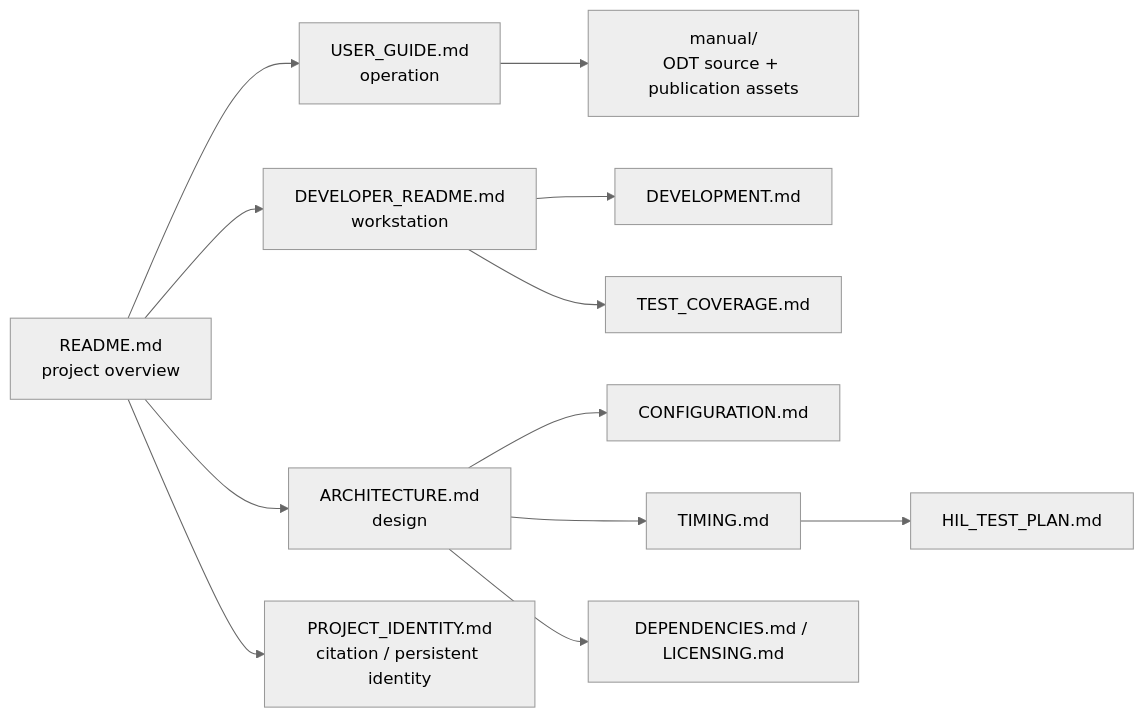
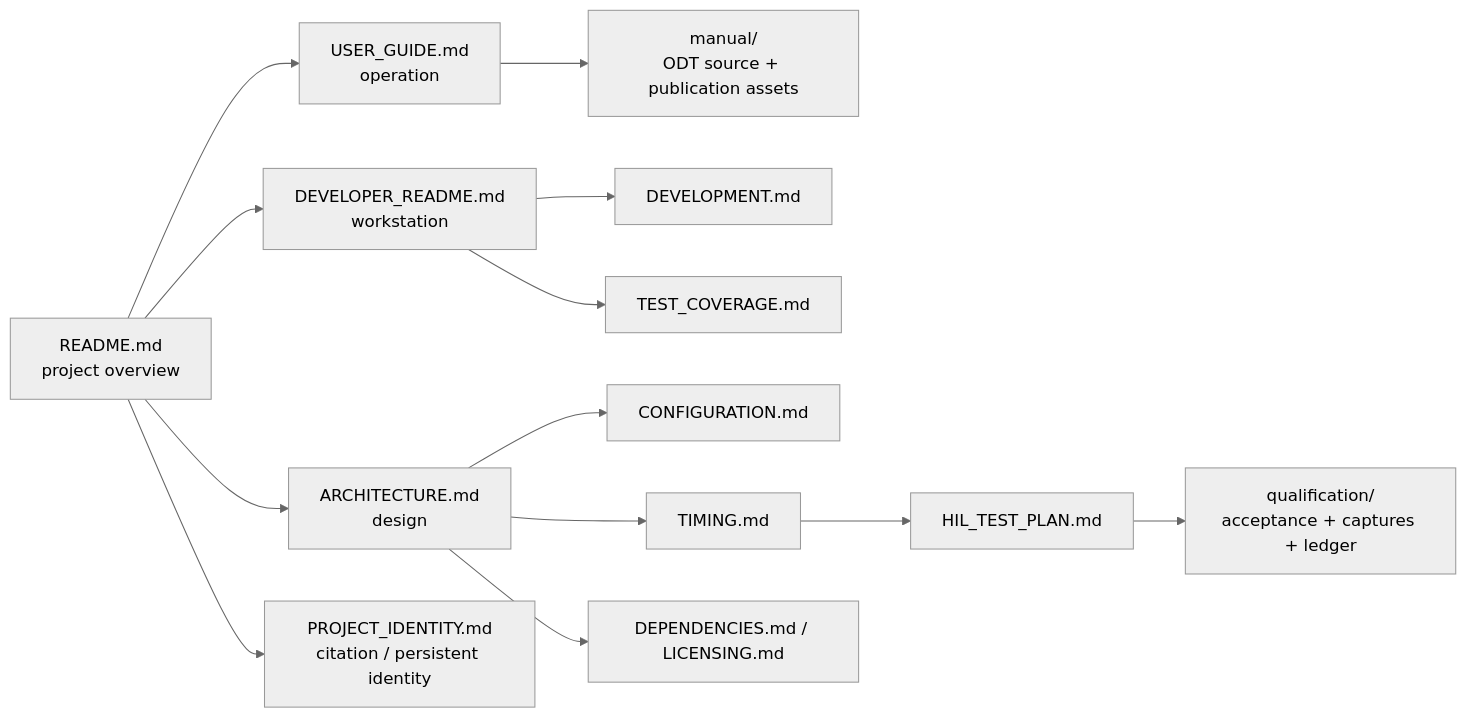
One commit to napolitano/eurorack-clock-firmware changed the diagram in docs/README.md. Above: the diagram before and after it, drawn with Mermaid (neutral theme). The commit also changed other lines of this file and 25 other files, not shown here.

First line of the commit message:
test(qualification): establish V1 HIL evidence gate for 0.19.0-beta.2

````diff
--- a/docs/README.md
+++ b/docs/README.md
@@ -30,14 +30,15 @@
 ```mermaid
 flowchart LR
     Root[README.md\nproject overview] --> User[USER_GUIDE.md\noperation]
     Root --> Dev[DEVELOPER_README.md\nworkstation]
     Root --> Arch[ARCHITECTURE.md\ndesign]
     User --> Manual[manual/\nODT source + publication assets]
     Dev --> Workflow[DEVELOPMENT.md]
     Dev --> Tests[TEST_COVERAGE.md]
     Arch --> Config[CONFIGURATION.md]
     Arch --> Timing[TIMING.md]
     Timing --> HIL[HIL_TEST_PLAN.md]
+    HIL --> Qual[qualification/<br/>acceptance + captures + ledger]
     Arch --> Deps[DEPENDENCIES.md / LICENSING.md]
     Root --> Identity[PROJECT_IDENTITY.md\ncitation / persistent identity]
 ```
````
